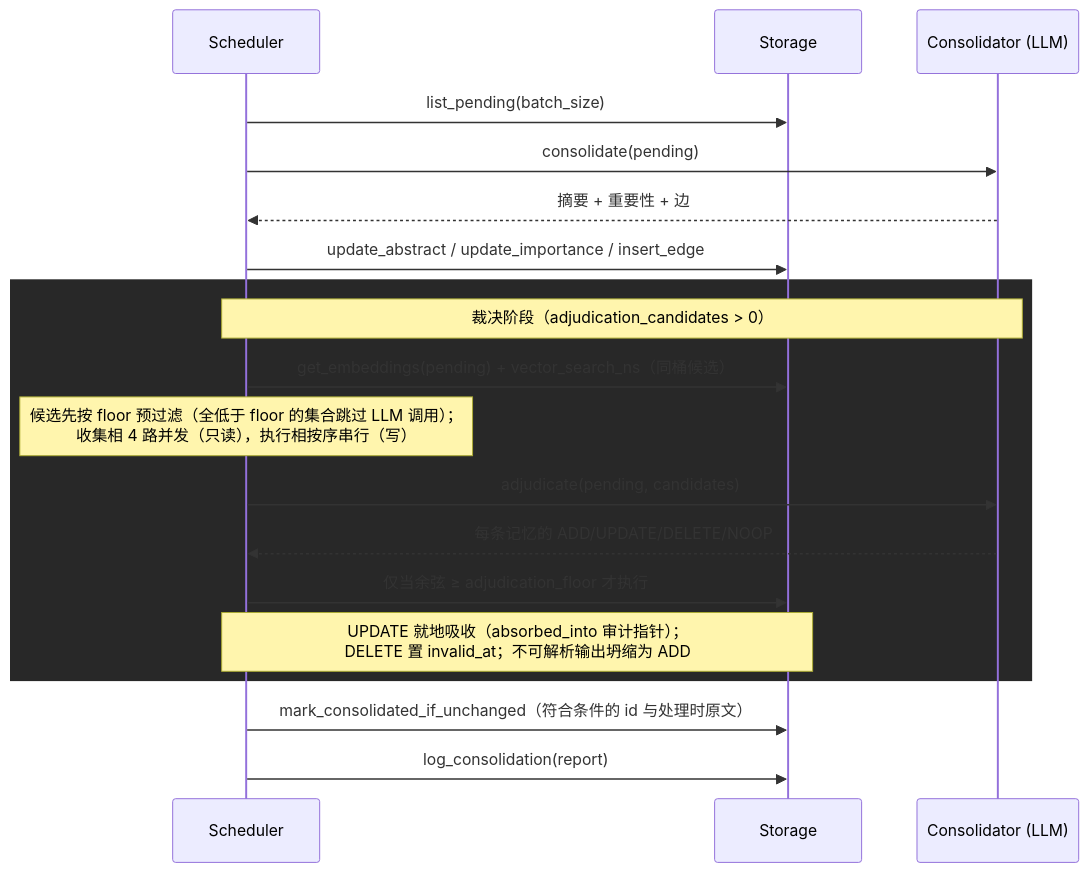
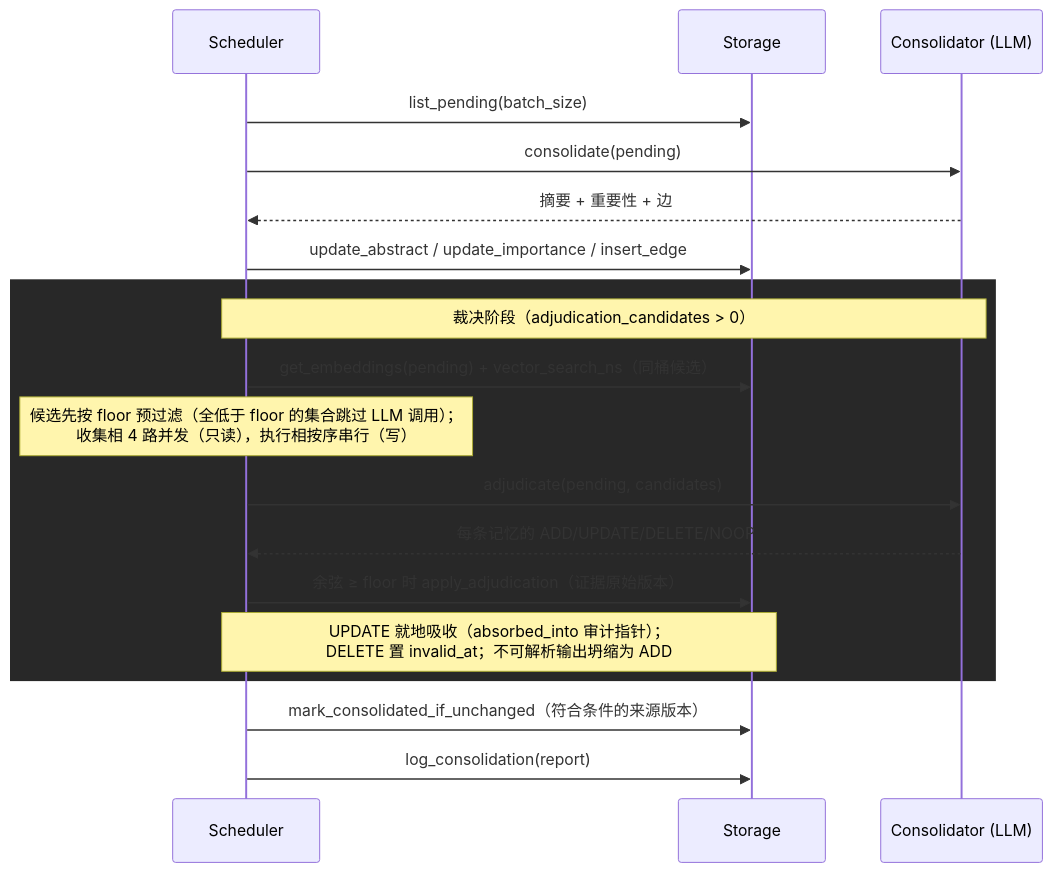
The fifth of 5 diagrams in docs/ARCHITECTURE_CN.md (TtTRz/MerkurDB), drawn with Mermaid before and after one commit. The commit also changed other lines of this file and 25 other files, not shown here.

````diff
--- a/docs/ARCHITECTURE_CN.md
+++ b/docs/ARCHITECTURE_CN.md
@@ -153,22 +165,22 @@
 ```mermaid
 sequenceDiagram
     participant S as Scheduler
     participant D as Storage
     participant L as Consolidator (LLM)
 
     S->>D: list_pending(batch_size)
     S->>L: consolidate(pending)
     L-->>S: 摘要 + 重要性 + 边
     S->>D: update_abstract / update_importance / insert_edge
     rect rgb(40, 40, 40)
         Note over S,L: 裁决阶段（adjudication_candidates > 0）
         S->>D: get_embeddings(pending) + vector_search_ns（同桶候选）
         Note over S: 候选先按 floor 预过滤（全低于 floor 的集合跳过 LLM 调用）；<br/>收集相 4 路并发（只读），执行相按序串行（写）
         S->>L: adjudicate(pending, candidates)
         L-->>S: 每条记忆的 ADD/UPDATE/DELETE/NOOP
-        S->>D: 仅当余弦 ≥ adjudication_floor 才执行
+        S->>D: 余弦 ≥ floor 时 apply_adjudication（证据原始版本）
         Note over S,D: UPDATE 就地吸收（absorbed_into 审计指针）；<br/>DELETE 置 invalid_at；不可解析输出坍缩为 ADD
     end
-    S->>D: mark_consolidated_if_unchanged（符合条件的 id 与处理时原文）
+    S->>D: mark_consolidated_if_unchanged（符合条件的来源版本）
     S->>D: log_consolidation(report)
 ```
````
